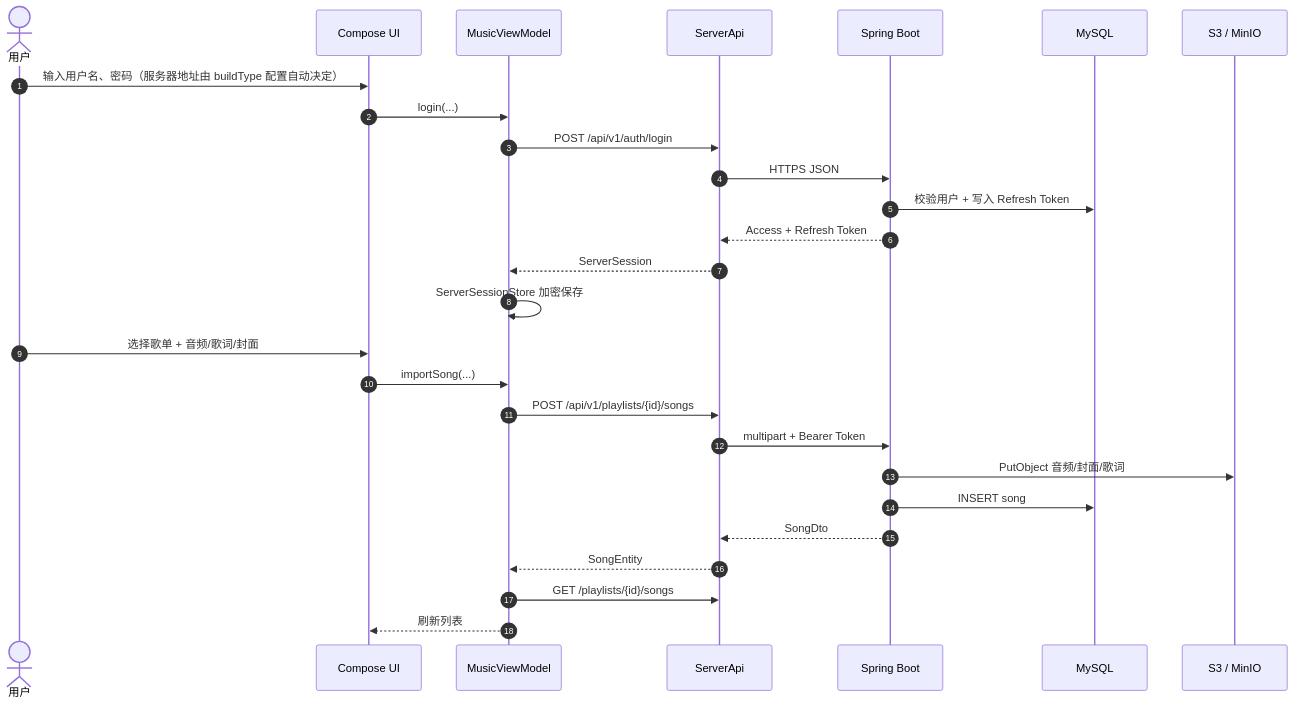
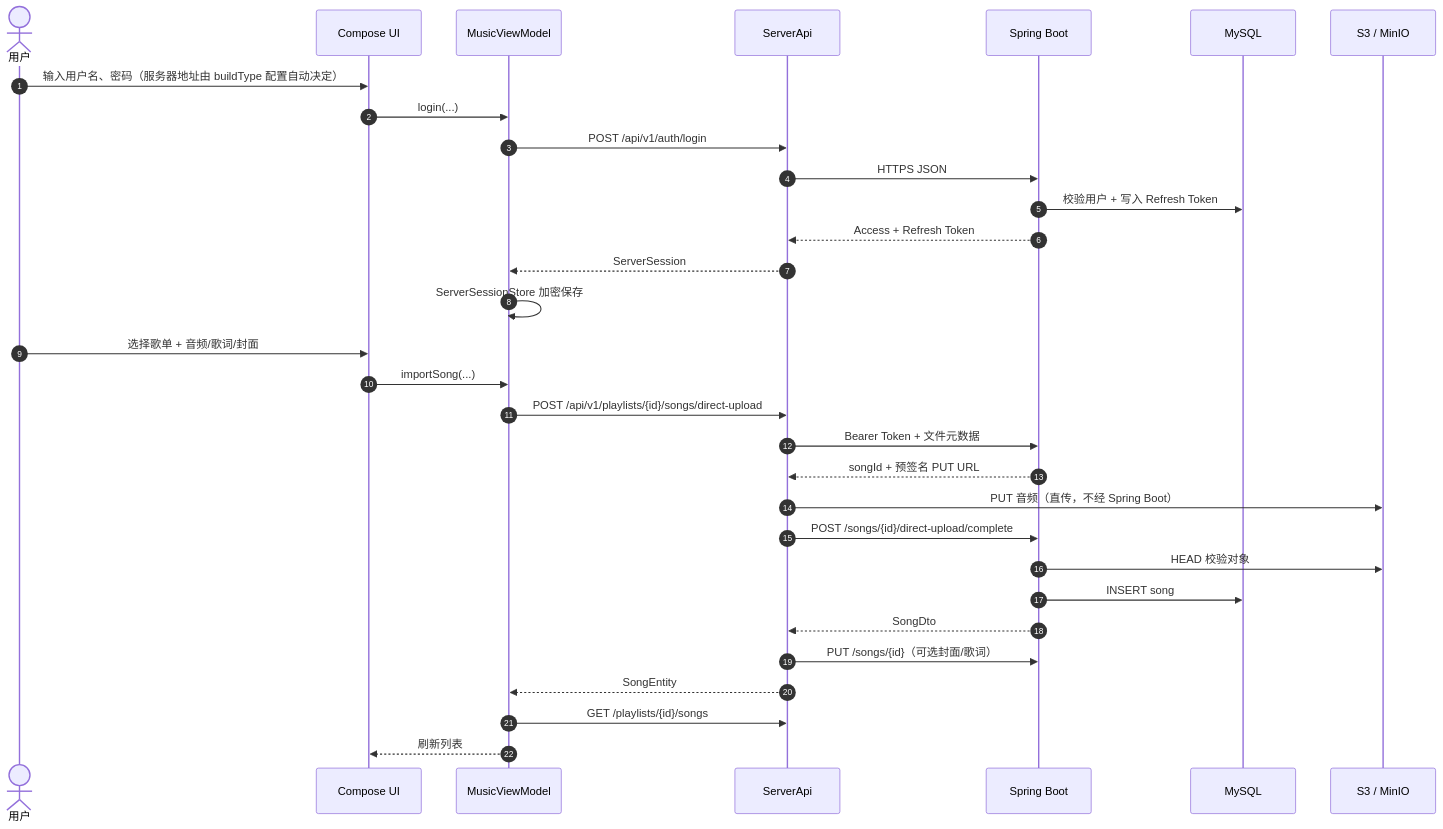
The second of 3 diagrams in SelfMusicApp/docs/architecture.md (ApathyJuly/SelfMusic), drawn with Mermaid before and after one commit. The commit also changed other lines of this file and 22 other files, not shown here.

````diff
--- a/SelfMusicApp/docs/architecture.md
+++ b/SelfMusicApp/docs/architecture.md
@@ -197,31 +197,35 @@
 ```mermaid
 sequenceDiagram
     autonumber
     actor U as 用户
     participant UI as Compose UI
     participant VM as MusicViewModel
     participant API as ServerApi
     participant S as Spring Boot
     participant DB as MySQL
     participant OSS as S3 / MinIO
 
     U->>UI: 输入用户名、密码（服务器地址由 buildType 配置自动决定）
     UI->>VM: login(...)
     VM->>API: POST /api/v1/auth/login
     API->>S: HTTPS JSON
     S->>DB: 校验用户 + 写入 Refresh Token
     S-->>API: Access + Refresh Token
     API-->>VM: ServerSession
     VM->>VM: ServerSessionStore 加密保存
 
     U->>UI: 选择歌单 + 音频/歌词/封面
     UI->>VM: importSong(...)
-    VM->>API: POST /api/v1/playlists/{id}/songs
-    API->>S: multipart + Bearer Token
-    S->>OSS: PutObject 音频/封面/歌词
+    VM->>API: POST /api/v1/playlists/{id}/songs/direct-upload
+    API->>S: Bearer Token + 文件元数据
+    S-->>API: songId + 预签名 PUT URL
+    API->>OSS: PUT 音频（直传，不经 Spring Boot）
+    API->>S: POST /songs/{id}/direct-upload/complete
+    S->>OSS: HEAD 校验对象
     S->>DB: INSERT song
     S-->>API: SongDto
+    API->>S: PUT /songs/{id}（可选封面/歌词）
     API-->>VM: SongEntity
     VM->>API: GET /playlists/{id}/songs
     VM-->>UI: 刷新列表
 ```
````
